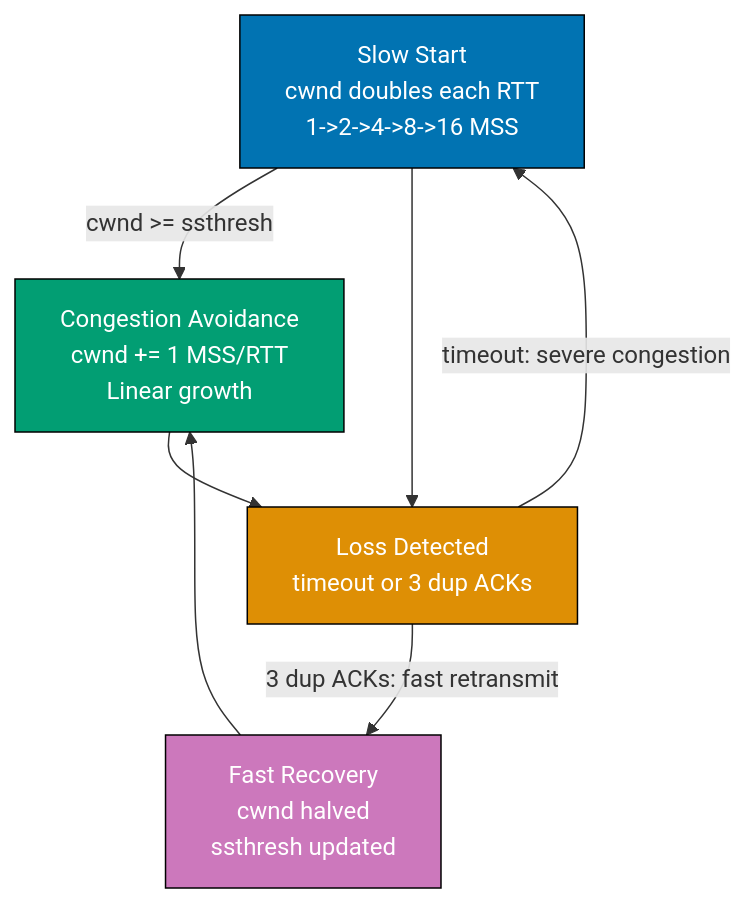
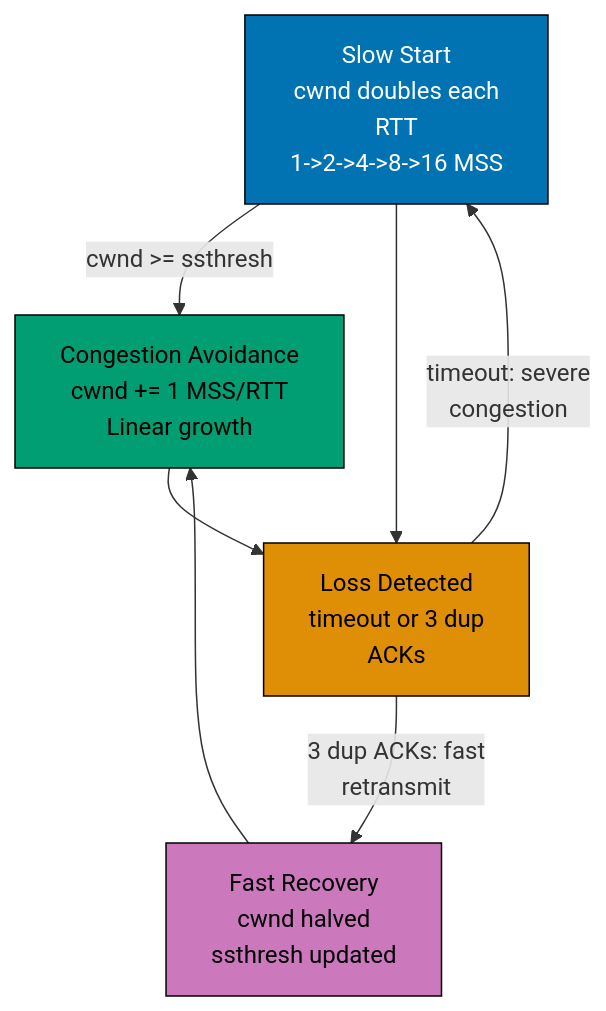
The tenth of 10 diagrams in apps/ayokoding-www/content/en/learn/legacy/software-engineering/networking/by-example/intermediate.md (wahidyankf/ose-public), drawn with Mermaid before and after one commit. The commit also changed other lines of this file and 78 other files, not shown here.

First line of the commit message:
fix(mermaid): bring the remaining legacy software-engineering diagrams onto the accessible palette

````diff
--- a/apps/ayokoding-www/content/en/learn/legacy/software-engineering/networking/by-example/intermediate.md
+++ b/apps/ayokoding-www/content/en/learn/legacy/software-engineering/networking/by-example/intermediate.md
@@ -2006,20 +2057,27 @@
 ```mermaid
 %% Color Palette: Blue #0173B2, Orange #DE8F05, Teal #029E73, Purple #CC78BC, Brown #CA9161
 graph TD
-    A["Slow Start<br/>cwnd doubles each RTT<br/>1->2->4->8->16 MSS"]
+    accTitle: Example 48: TCP Congestion Control — Slow Start and AIMD
+    accDescr: Graph with 4 nodes and 6 connections. Nodes: Slow Start cwnd doubles each RTT 1->2->4->8->16 MSS, Congestion Avoidance cwnd += 1 MSS/RTT Linear growth, Loss Detected timeout or 3 dup ACKs, Fast Recovery cwnd halved ssthresh updated. Connections: Slow Start cwnd doubles each RTT 1->2->4->8->16 MSS to Congestion Avoidance cwnd += 1 MSS/RTT Linear growth (cwnd >= ssthresh), Congestion Avoidance cwnd += 1 MSS/RTT Linear growth to Loss Detected timeout or 3 dup ACKs, Slow Start cwnd doubles each RTT 1->2->4->8->16 MSS to Loss Detected timeout or 3 dup ACKs, Loss Detected timeout or 3 dup ACKs to Fast Recovery cwnd halved ssthresh updated (3 dup ACKs: fast retransmit), Fast Recovery cwnd halved ssthresh updated to Congestion Avoidance cwnd += 1 MSS/RTT Linear growth, Loss Detected timeout or 3 dup ACKs to Slow Start cwnd doubles each RTT 1->2->4->8->16 MSS (timeout: severe congestion).
+    A["Slow Start<br/>cwnd doubles each<br/>RTT<br/>1->2->4->8->16 MSS"]
     B["Congestion Avoidance<br/>cwnd += 1 MSS/RTT<br/>Linear growth"]
-    C["Loss Detected<br/>timeout or 3 dup ACKs"]
+    C["Loss Detected<br/>timeout or 3 dup<br/>ACKs"]
     D["Fast Recovery<br/>cwnd halved<br/>ssthresh updated"]
 
     A -->|"cwnd >= ssthresh"| B
     B --> C
     A --> C
-    C -->|"3 dup ACKs: fast retransmit"| D
+    C -->|"3 dup ACKs: fast<br/>retransmit"| D
     D --> B
-    C -->|"timeout: severe congestion"| A
+    C -->|"timeout: severe<br/>congestion"| A
 
-    style A fill:#0173B2,stroke:#000,color:#fff
-    style B fill:#029E73,stroke:#000,color:#fff
-    style C fill:#DE8F05,stroke:#000,color:#fff
-    style D fill:#CC78BC,stroke:#000,color:#fff
+    classDef pal-0173B2 fill:#0173B2,stroke:#000000,color:#FFFFFF
+    class A pal-0173B2
+    classDef pal-029E73 fill:#029E73,stroke:#000000,color:#000000
+    class B pal-029E73
+    classDef pal-DE8F05 fill:#DE8F05,stroke:#000000,color:#000000
+    class C pal-DE8F05
+    classDef pal-CC78BC fill:#CC78BC,stroke:#000000,color:#000000
+    class D pal-CC78BC
+    classDef default fill:#FFFFFF,stroke:#000000,color:#000000
 ```
````
